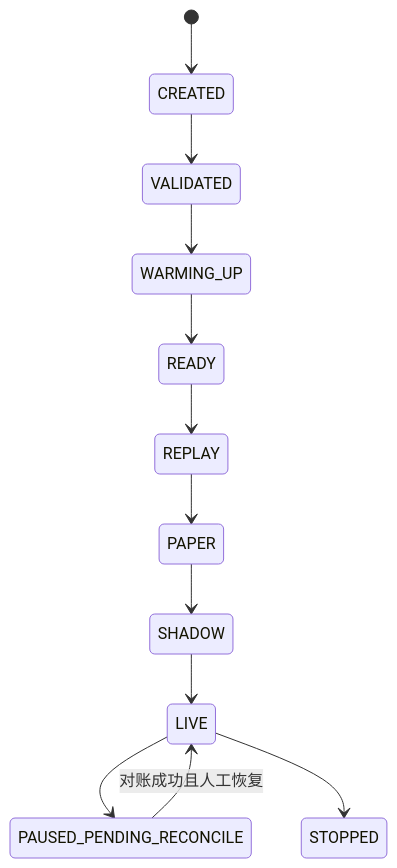
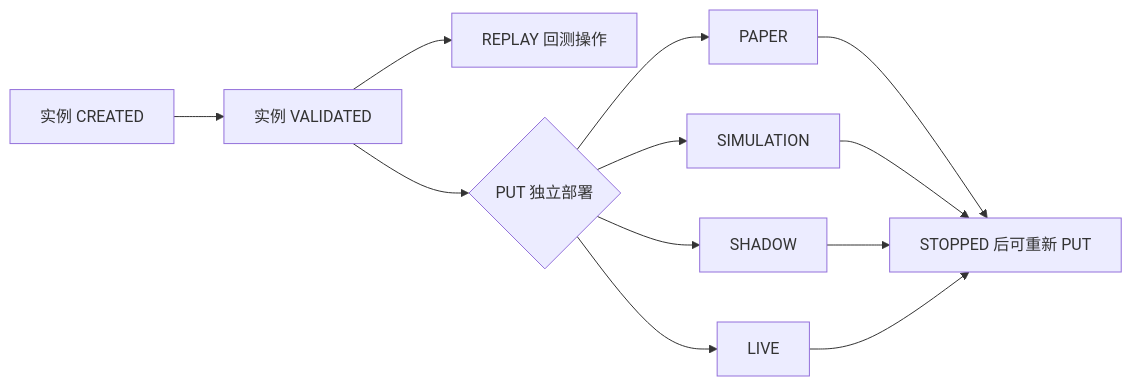
Before and after one commit to kinokosu3/AlphaPilot: the second of 2 diagrams in docs/user/strategy-instances.md, drawn with Mermaid. The commit also changed other lines of this file and 76 other files, not shown here.

````diff
--- a/docs/user/strategy-instances.md
+++ b/docs/user/strategy-instances.md
@@ -75,14 +76,14 @@
 ```mermaid
-stateDiagram-v2
-    [*] --> CREATED
-    CREATED --> VALIDATED
-    VALIDATED --> WARMING_UP
-    WARMING_UP --> READY
-    READY --> REPLAY
-    REPLAY --> PAPER
-    PAPER --> SHADOW
-    SHADOW --> LIVE
-    LIVE --> PAUSED_PENDING_RECONCILE
-    PAUSED_PENDING_RECONCILE --> LIVE: 对账成功且人工恢复
-    LIVE --> STOPPED
+flowchart LR
+    I[实例 CREATED] --> V[实例 VALIDATED]
+    V --> R[REPLAY 回测操作]
+    V --> D{PUT 独立部署}
+    D --> P[PAPER]
+    D --> S[SIMULATION]
+    D --> H[SHADOW]
+    D --> L[LIVE]
+    P --> X[STOPPED 后可重新 PUT]
+    S --> X
+    H --> X
+    L --> X
 ```
````
